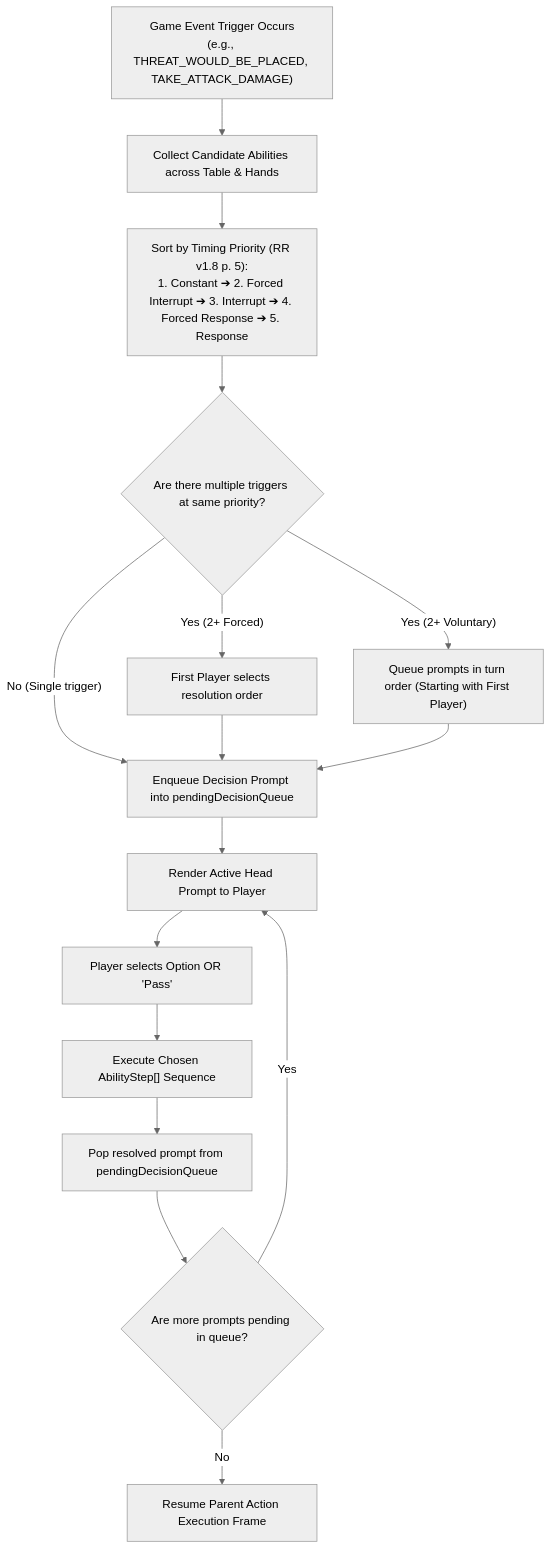
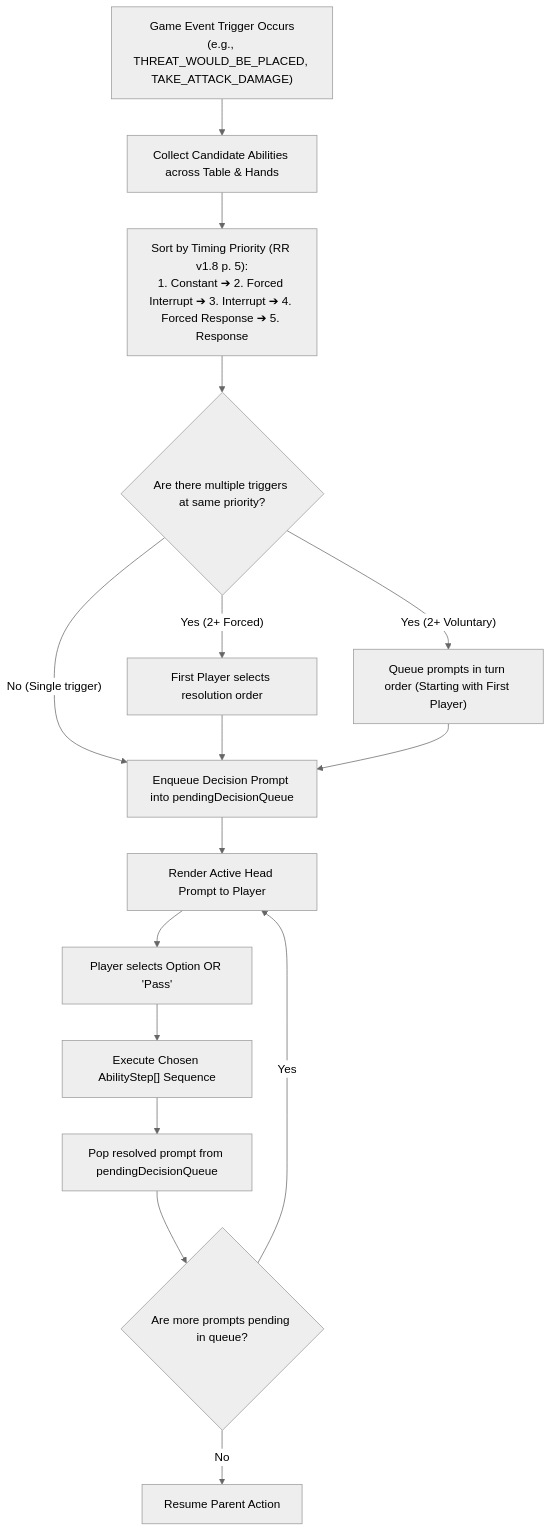
Before and after one commit to SteveRodrigue/MCD: the diagram in docs/decisions/0032-universal-resolution-stack-decision-prompt-queue-and-nested-interrupts.md, drawn with Mermaid (neutral theme). The commit also changed other lines of this file and 24 other files, not shown here.

````diff
--- a/docs/decisions/0032-universal-resolution-stack-decision-prompt-queue-and-nested-interrupts.md
+++ b/docs/decisions/0032-universal-resolution-stack-decision-prompt-queue-and-nested-interrupts.md
@@ -71,25 +72,25 @@
 ```mermaid
 flowchart TD
     TriggerOccurs["Game Event Trigger Occurs<br/>(e.g., THREAT_WOULD_BE_PLACED, TAKE_ATTACK_DAMAGE)"] --> CollectCandidates["Collect Candidate Abilities across Table & Hands"]
     
     CollectCandidates --> SortPriority["Sort by Timing Priority (RR v1.8 p. 5):<br/>1. Constant ➔ 2. Forced Interrupt ➔ 3. Interrupt ➔ 4. Forced Response ➔ 5. Response"]
     
     SortPriority --> CheckSimultaneous{"Are there multiple triggers at same priority?"}
     
     CheckSimultaneous -- Yes (2+ Forced) --> FirstPlayerOrder["First Player selects resolution order"]
     CheckSimultaneous -- Yes (2+ Voluntary) --> TurnOrderPass["Queue prompts in turn order (Starting with First Player)"]
     CheckSimultaneous -- No (Single trigger) --> EnqueuePrompt["Enqueue Decision Prompt into pendingDecisionQueue"]
     
     FirstPlayerOrder --> EnqueuePrompt
     TurnOrderPass --> EnqueuePrompt
     
     EnqueuePrompt --> OpenPromptWindow["Render Active Head Prompt to Player"]
     
     OpenPromptWindow --> PlayerResponds["Player selects Option OR 'Pass'"]
     
     PlayerResponds --> ExecuteStep["Execute Chosen AbilityStep[] Sequence"]
     ExecuteStep --> PopQueue["Pop resolved prompt from pendingDecisionQueue"]
     PopQueue --> MorePrompts{"Are more prompts pending in queue?"}
     MorePrompts -- Yes --> OpenPromptWindow
-    MorePrompts -- No --> ResumeParent["Resume Parent Action Execution Frame"]
+    MorePrompts -- No --> ResumeParent["Resume Parent Action"]
 ```
````
